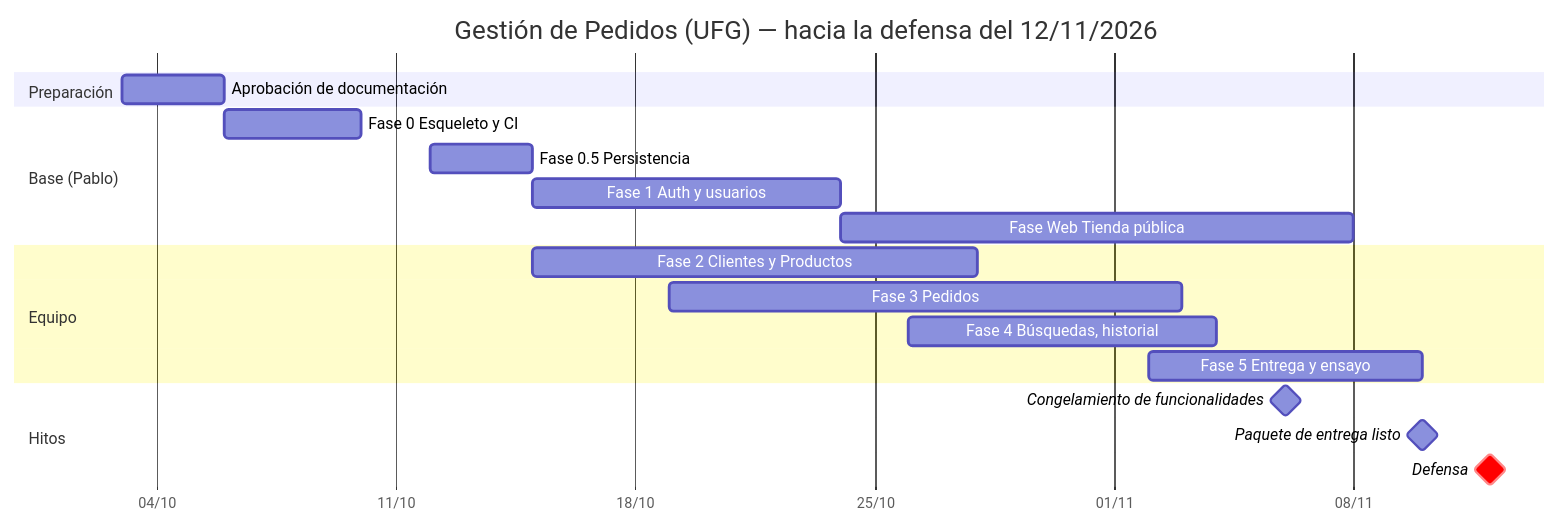
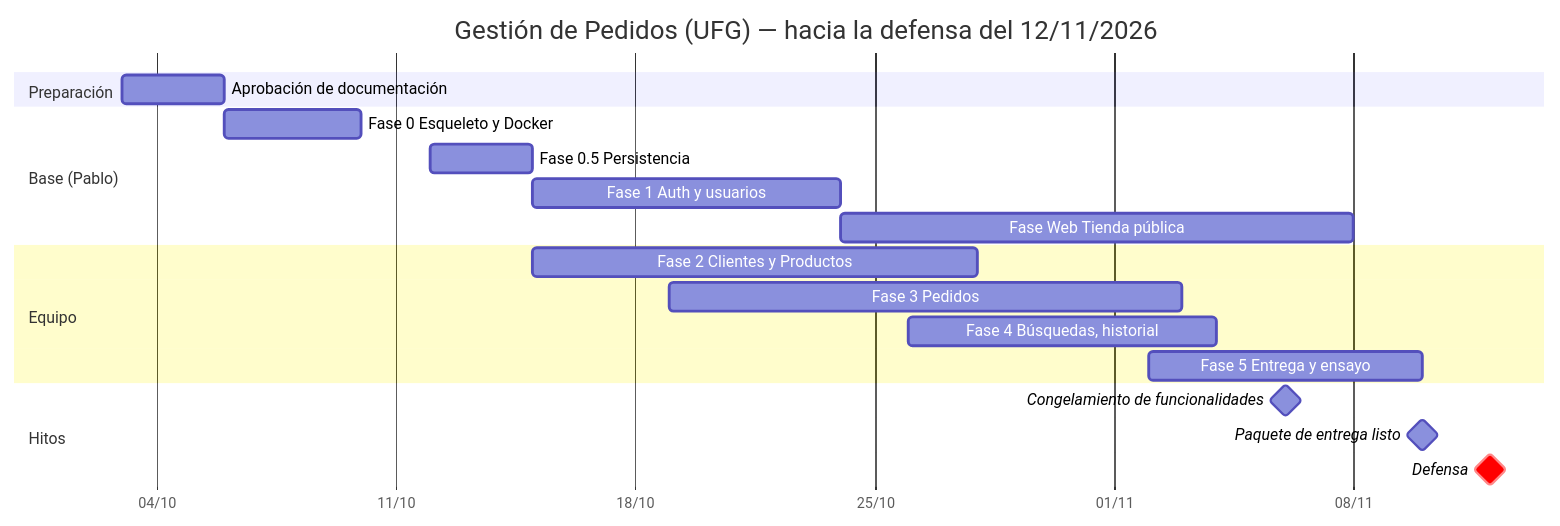
Before and after one commit to JuanPabloFloresDiaz/Gestion-de-Pedidos---UFG: the diagram in docs/Implementacion.md, drawn with Mermaid. The commit also changed other lines of this file and 18 other files, not shown here.

````diff
--- a/docs/Implementacion.md
+++ b/docs/Implementacion.md
@@ -67,22 +68,22 @@
 ```mermaid
 gantt
     title Gestión de Pedidos (UFG) — hacia la defensa del 12/11/2026
     dateFormat  YYYY-MM-DD
     axisFormat  %d/%m
     section Preparación
     Aprobación de documentación        :a0, 2026-10-03, 3d
     section Base (Pablo)
-    Fase 0 Esqueleto y CI              :f0, 2026-10-06, 4d
+    Fase 0 Esqueleto y Docker          :f0, 2026-10-06, 4d
     Fase 0.5 Persistencia              :f05, 2026-10-12, 3d
     Fase 1 Auth y usuarios             :f1, 2026-10-15, 9d
     Fase Web Tienda pública            :fw, 2026-10-24, 15d
     section Equipo
     Fase 2 Clientes y Productos        :f2, 2026-10-15, 13d
     Fase 3 Pedidos                     :f3, 2026-10-19, 15d
     Fase 4 Búsquedas, historial        :f4, 2026-10-26, 9d
     Fase 5 Entrega y ensayo            :f5, 2026-11-02, 8d
     section Hitos
     Congelamiento de funcionalidades   :milestone, 2026-11-06, 0d
     Paquete de entrega listo           :milestone, 2026-11-10, 0d
     Defensa                            :milestone, crit, 2026-11-12, 0d
 ```
````
